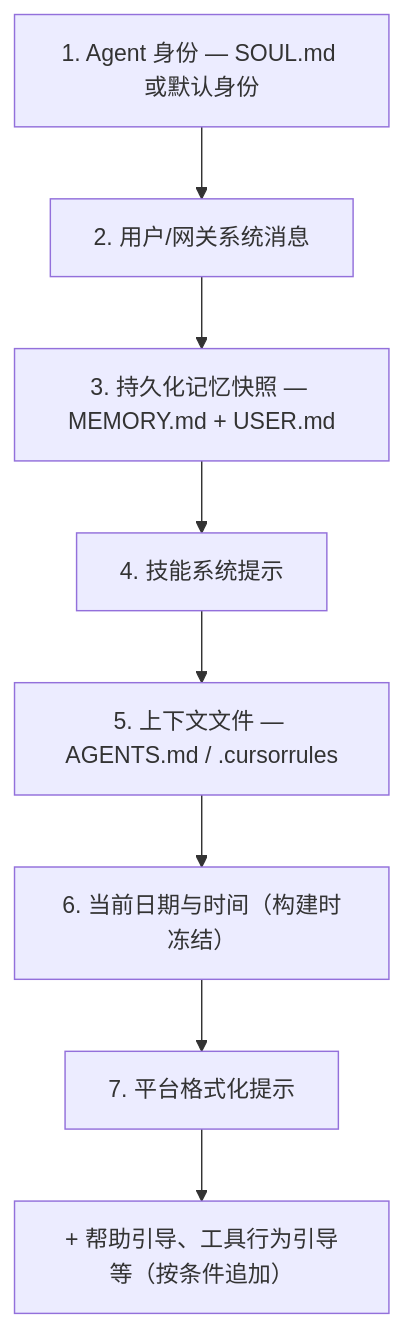
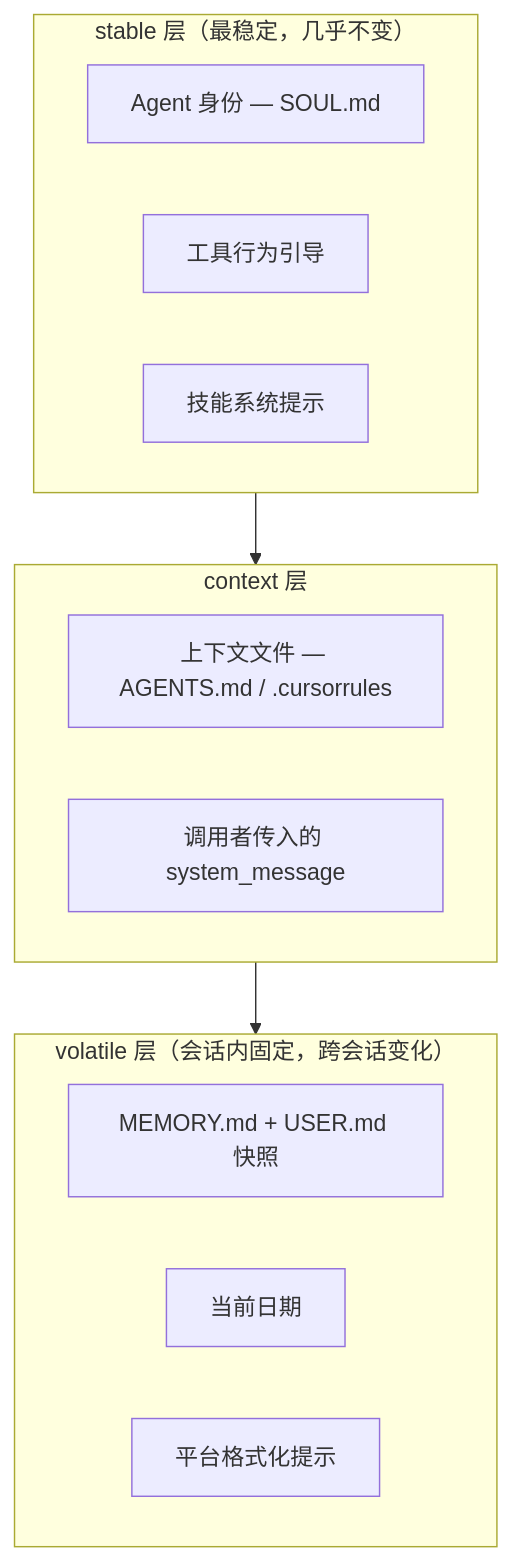
One commit to fang-lin/hermes-agent-code-analysis changed the third of 6 diagrams in docs/zh/00-项目全景.md. Above: the diagram before and after it, drawn with Mermaid. The commit also changed other lines of this file and 1 other file, not shown here.

Commit message:
第 00 章架构分析修正：run_conversation 行号、系统提示三层结构、双注入澄清
事实修正（二次验证后）：
- run_conversation() 行号 3525→4053
- 系统提示词从"七层三明治"修正为实际的三层结构（stable/context/volatile）
- 双注入澄清：系统提示中是内置 _memory_store 的 MEMORY.md 快照，
  用户消息中是外部 memory provider 的检索结果，两者不是同一个东西

````diff
--- a/docs/zh/00-项目全景.md
+++ b/docs/zh/00-项目全景.md
@@ -261,12 +261,18 @@
 ```mermaid
 flowchart TD
-    L1["1. Agent 身份 — SOUL.md 或默认身份"]
-    L2["2. 用户/网关系统消息"]
-    L3["3. 持久化记忆快照 — MEMORY.md + USER.md"]
-    L4["4. 技能系统提示"]
-    L5["5. 上下文文件 — AGENTS.md / .cursorrules"]
-    L6["6. 当前日期与时间（构建时冻结）"]
-    L7["7. 平台格式化提示"]
-    Extra["+ 帮助引导、工具行为引导等（按条件追加）"]
-    L1 --> L2 --> L3 --> L4 --> L5 --> L6 --> L7 --> Extra
+    subgraph STABLE ["stable 层（最稳定，几乎不变）"]
+        S1["Agent 身份 — SOUL.md"]
+        S2["工具行为引导"]
+        S3["技能系统提示"]
+    end
+    subgraph CONTEXT ["context 层"]
+        C1["上下文文件 — AGENTS.md / .cursorrules"]
+        C2["调用者传入的 system_message"]
+    end
+    subgraph VOLATILE ["volatile 层（会话内固定，跨会话变化）"]
+        V1["MEMORY.md + USER.md 快照"]
+        V2["当前日期"]
+        V3["平台格式化提示"]
+    end
+    STABLE --> CONTEXT --> VOLATILE
 ```
````
